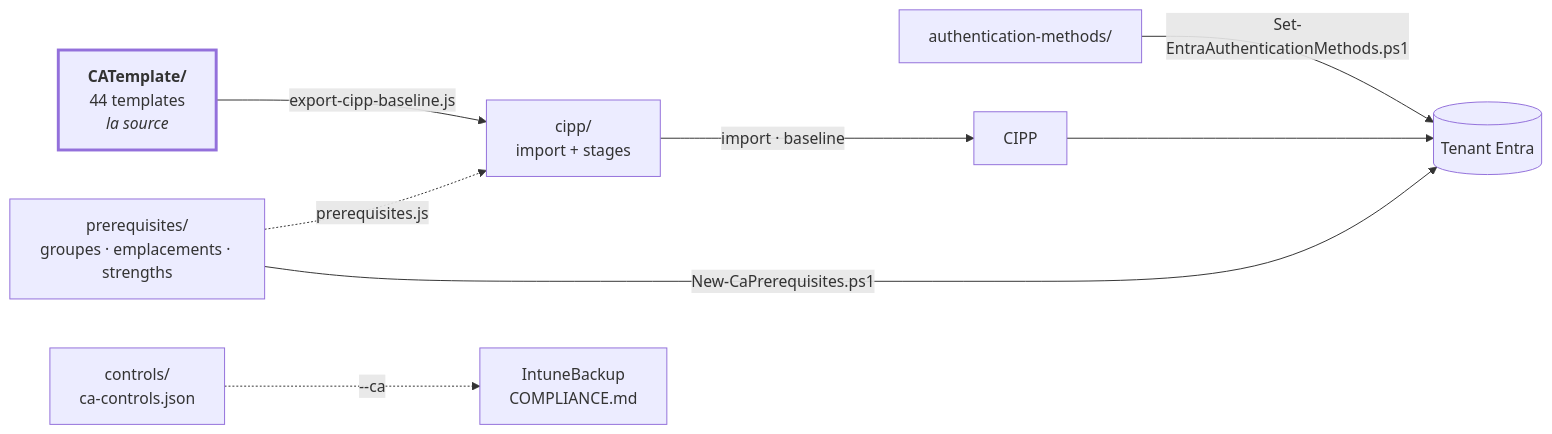
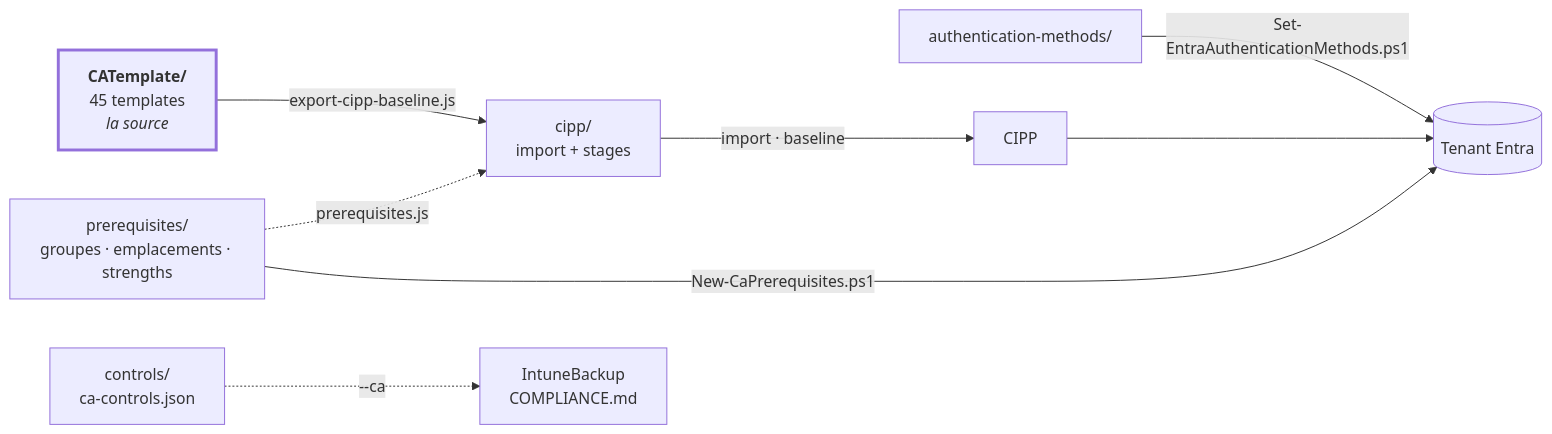
The diagram in README.fr.md (sjkanon/CA-Policies), drawn with Mermaid before and after one commit. The commit also changed other lines of this file and 28 other files, not shown here.

````diff
--- a/README.fr.md
+++ b/README.fr.md
@@ -11,19 +11,19 @@
 ```mermaid
 flowchart LR
-  T["<b>CATemplate/</b><br/>44 templates<br/><i>la source</i>"]
+  T["<b>CATemplate/</b><br/>45 templates<br/><i>la source</i>"]
   P["prerequisites/<br/>groupes · emplacements · strengths"]
   C["controls/<br/>ca-controls.json"]
   A["authentication-methods/"]
   X["cipp/<br/>import + stages"]
   TEN[("Tenant Entra")]
 
   T -->|export-cipp-baseline.js| X
   P -.->|prerequisites.js| X
   X -->|import · baseline| CIPP[CIPP]
   CIPP --> TEN
   P -->|New-CaPrerequisites.ps1| TEN
   A -->|Set-EntraAuthenticationMethods.ps1| TEN
   C -.->|--ca| IB["IntuneBackup<br/>COMPLIANCE.md"]
 
   style T stroke-width:3px
 ```
````
